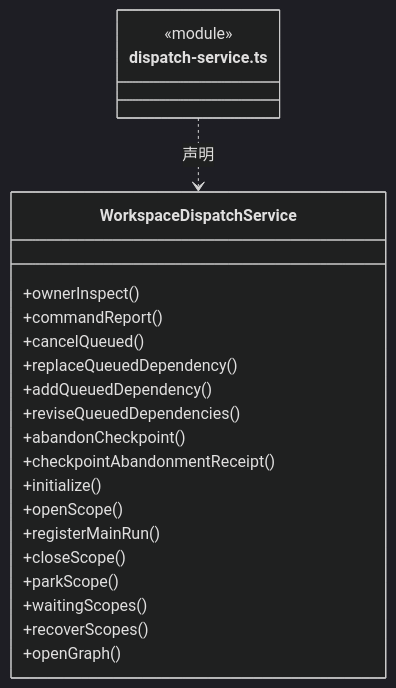
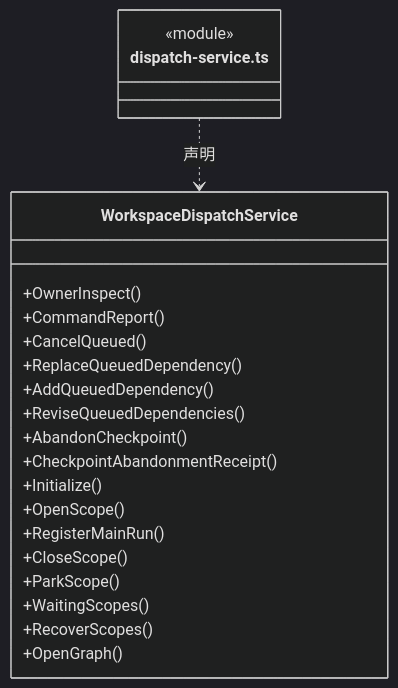
The seventh of 15 diagrams in src/logic/dispatch/runtime/ARCHITECTURE.md (nan023062/cbim), drawn with Mermaid (dark theme) before and after one commit. The commit also changed other lines of this file and 1035 other files, not shown here.

````diff
--- a/src/logic/dispatch/runtime/ARCHITECTURE.md
+++ b/src/logic/dispatch/runtime/ARCHITECTURE.md
@@ -239,25 +239,25 @@
 ```mermaid
 classDiagram
 class N_src_logic_dispatch_runtime_dispatch_service_ts["dispatch-service.ts"] {
   <<module>>
 }
 class N_src_logic_dispatch_runtime_dispatch_service_ts_WorkspaceDispatchService["WorkspaceDispatchService"] {
-  +ownerInspect()
-  +commandReport()
-  +cancelQueued()
-  +replaceQueuedDependency()
-  +addQueuedDependency()
-  +reviseQueuedDependencies()
-  +abandonCheckpoint()
-  +checkpointAbandonmentReceipt()
-  +initialize()
-  +openScope()
-  +registerMainRun()
-  +closeScope()
-  +parkScope()
-  +waitingScopes()
-  +recoverScopes()
-  +openGraph()
+  +OwnerInspect()
+  +CommandReport()
+  +CancelQueued()
+  +ReplaceQueuedDependency()
+  +AddQueuedDependency()
+  +ReviseQueuedDependencies()
+  +AbandonCheckpoint()
+  +CheckpointAbandonmentReceipt()
+  +Initialize()
+  +OpenScope()
+  +RegisterMainRun()
+  +CloseScope()
+  +ParkScope()
+  +WaitingScopes()
+  +RecoverScopes()
+  +OpenGraph()
 }
 N_src_logic_dispatch_runtime_dispatch_service_ts ..> N_src_logic_dispatch_runtime_dispatch_service_ts_WorkspaceDispatchService : 声明
 ```
````
